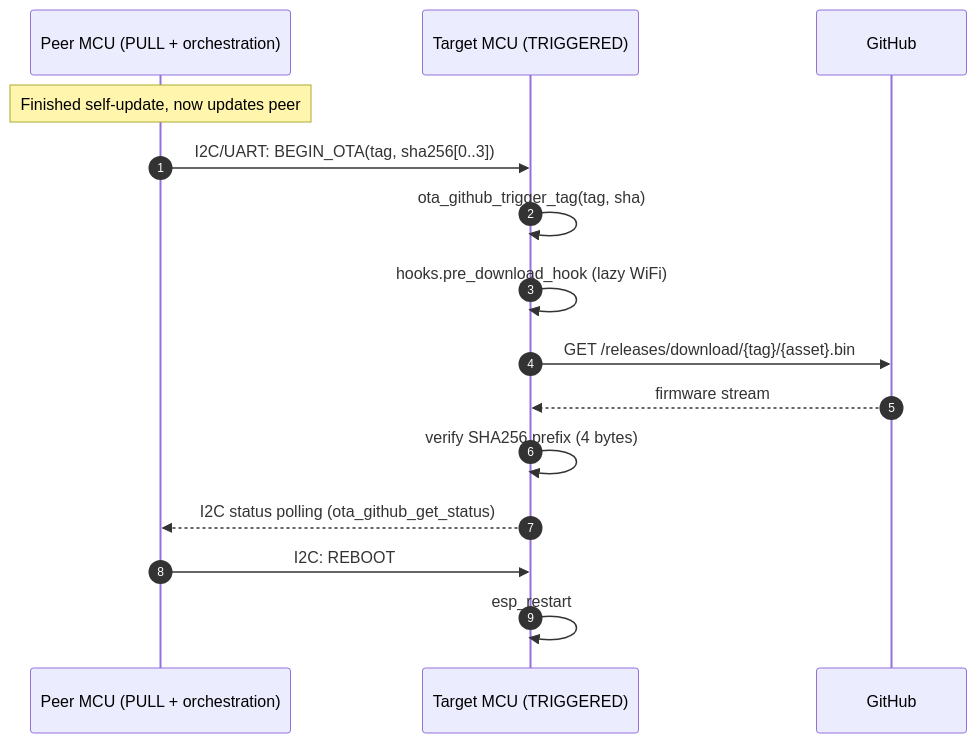
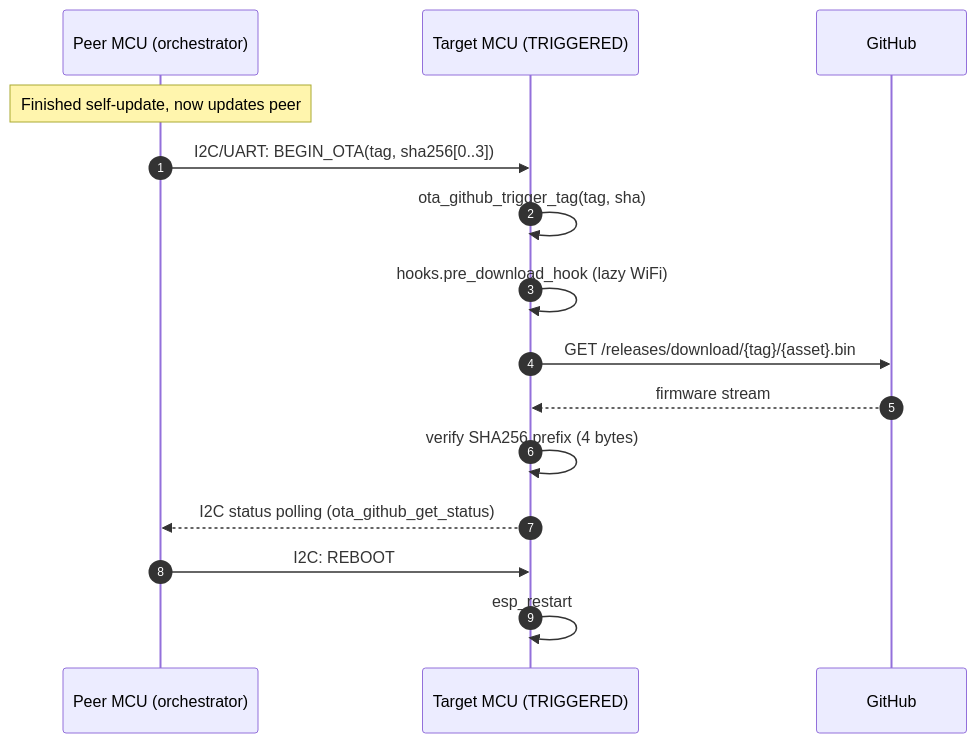
One commit to laurigates/mcu-tinkering-lab changed the third of 4 diagrams in packages/components/ota-github/docs/architecture.md. Above: the diagram before and after it, drawn with Mermaid. The commit also changed other lines of this file and 18 other files, not shown here.

````diff
--- a/packages/components/ota-github/docs/architecture.md
+++ b/packages/components/ota-github/docs/architecture.md
@@ -108,18 +72,18 @@
 ```mermaid
 sequenceDiagram
     autonumber
-    participant Orchestrator as Peer MCU (PULL + orchestration)
+    participant Orchestrator as Peer MCU (orchestrator)
     participant Target as Target MCU (TRIGGERED)
     participant GitHub
 
     Note over Orchestrator: Finished self-update, now updates peer
     Orchestrator->>Target: I2C/UART: BEGIN_OTA(tag, sha256[0..3])
     Target->>Target: ota_github_trigger_tag(tag, sha)
     Target->>Target: hooks.pre_download_hook (lazy WiFi)
     Target->>GitHub: GET /releases/download/{tag}/{asset}.bin
     GitHub-->>Target: firmware stream
     Target->>Target: verify SHA256 prefix (4 bytes)
     Target-->>Orchestrator: I2C status polling (ota_github_get_status)
     Orchestrator->>Target: I2C: REBOOT
     Target->>Target: esp_restart
 ```
````
